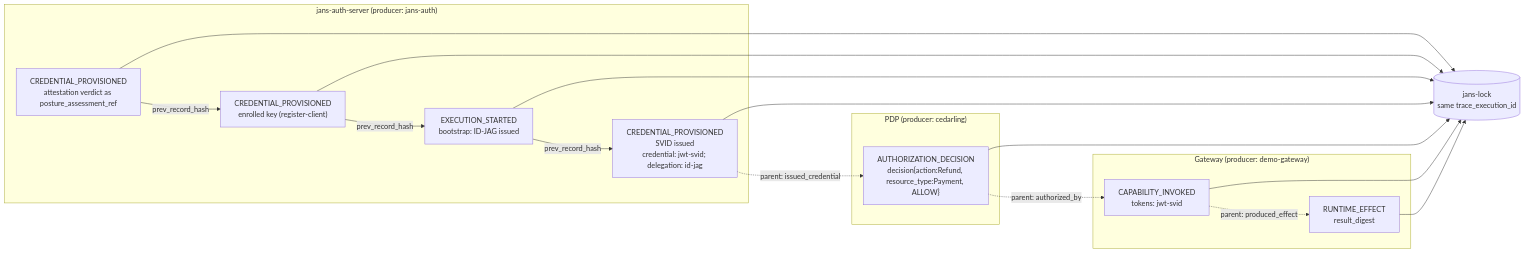
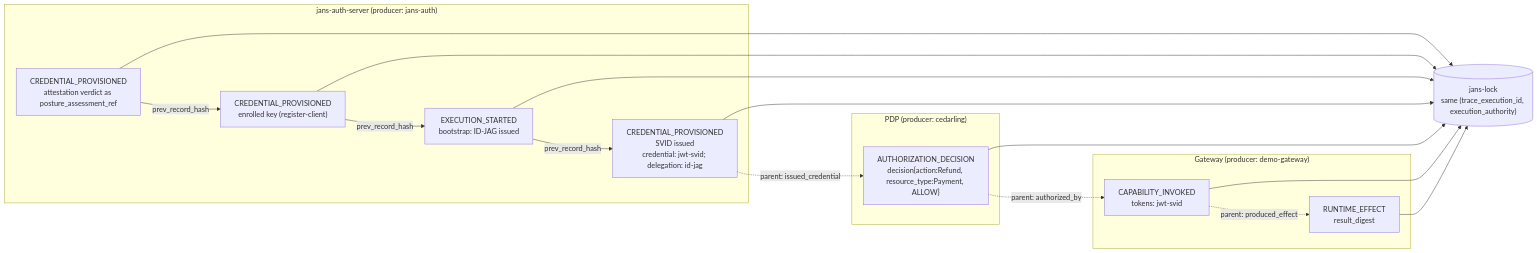
The fifth of 6 diagrams in hardware-anchored-identity.md (nynymike/lock-server-design), drawn with Mermaid before and after one commit. The commit also changed other lines of this file, not shown here.

````diff
--- a/hardware-anchored-identity.md
+++ b/hardware-anchored-identity.md
@@ -1143,22 +1174,22 @@
 ```mermaid
 flowchart LR
     subgraph AS["jans-auth-server (producer: jans-auth)"]
         E1["CREDENTIAL_PROVISIONED<br/>attestation verdict as posture_assessment_ref"]
         E2["CREDENTIAL_PROVISIONED<br/>enrolled key (register-client)"]
         E3["EXECUTION_STARTED<br/>bootstrap: ID-JAG issued"]
         E4["CREDENTIAL_PROVISIONED<br/>SVID issued<br/>credential: jwt-svid; delegation: id-jag"]
     end
     subgraph PDP["PDP (producer: cedarling)"]
         E5["AUTHORIZATION_DECISION<br/>decision{action:Refund, resource_type:Payment, ALLOW}"]
     end
     subgraph PEP["Gateway (producer: demo-gateway)"]
         E6["CAPABILITY_INVOKED<br/>tokens: jwt-svid"]
         E7["RUNTIME_EFFECT<br/>result_digest"]
     end
     E1 -- "prev_record_hash" --> E2 -- "prev_record_hash" --> E3 -- "prev_record_hash" --> E4
     E4 -. "parent: issued_credential" .-> E5
     E5 -. "parent: authorized_by" .-> E6
     E6 -. "parent: produced_effect" .-> E7
-    L[("jans-lock<br/>same trace_execution_id")]
+    L[("jans-lock<br/>same (trace_execution_id, execution_authority)")]
     E1 & E2 & E3 & E4 & E5 & E6 & E7 --> L
 ```
````
